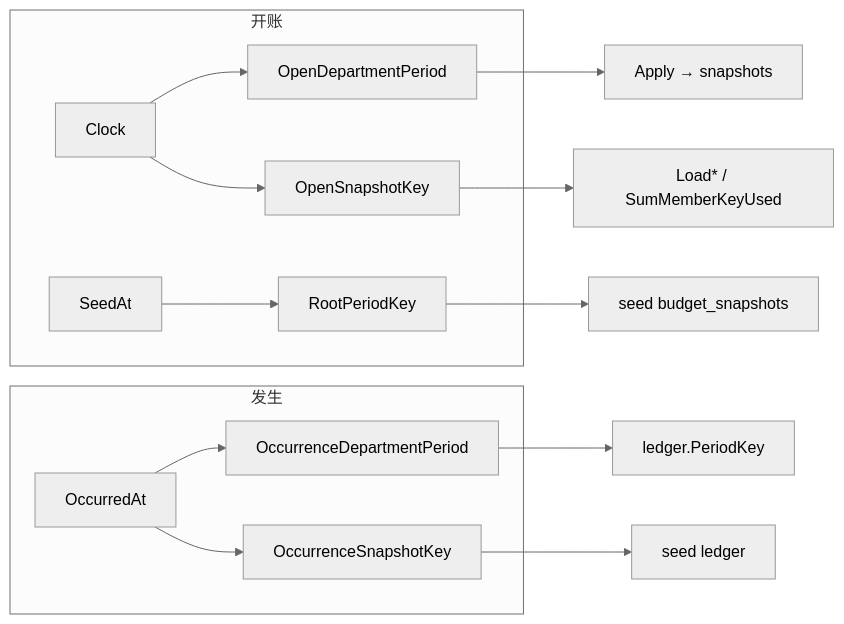
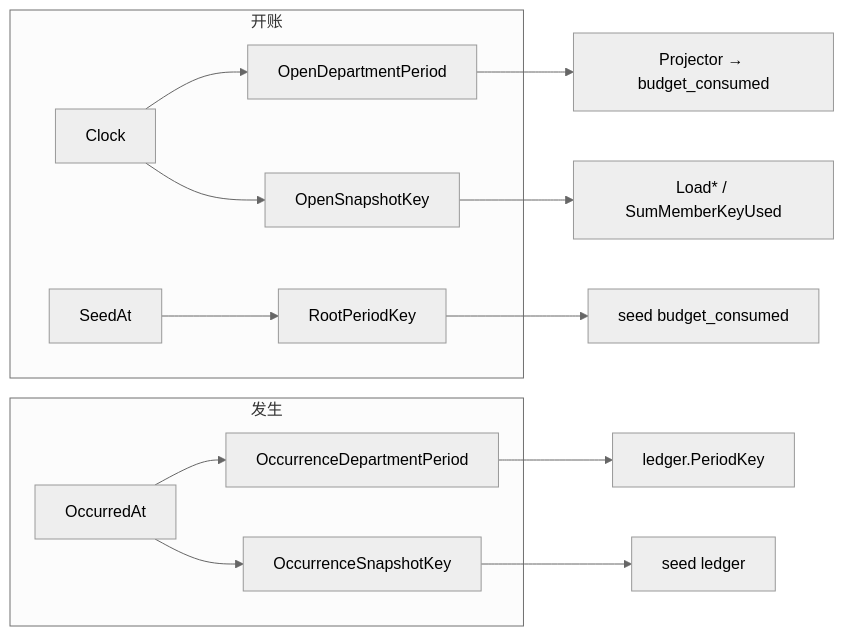
Before and after one commit to quyip8818/mytokenjoy: the sixth of 9 diagrams in docs/Backend-业务时钟与账期.md, drawn with Mermaid (neutral theme). The commit also changed other lines of this file and 16 other files, not shown here.

````diff
--- a/docs/Backend-业务时钟与账期.md
+++ b/docs/Backend-业务时钟与账期.md
@@ -159,17 +159,17 @@
 ```mermaid
 flowchart LR
   subgraph open [开账]
     CLK[Clock] --> OD[OpenDepartmentPeriod]
     CLK --> OS[OpenSnapshotKey]
     SeedAt[SeedAt] --> RK[RootPeriodKey]
   end
   subgraph occ [发生]
     AT[OccurredAt] --> OCD[OccurrenceDepartmentPeriod]
     AT --> OCS[OccurrenceSnapshotKey]
   end
-  OD --> Apply[Apply → snapshots]
+  OD --> Proj[Projector → budget_consumed]
   OS --> Read[Load* / SumMemberKeyUsed]
-  RK --> SeedSnap[seed budget_snapshots]
+  RK --> SeedSnap[seed budget_consumed]
   OCD --> Led[ledger.PeriodKey]
   OCS --> SeedLed[seed ledger]
 ```
````
